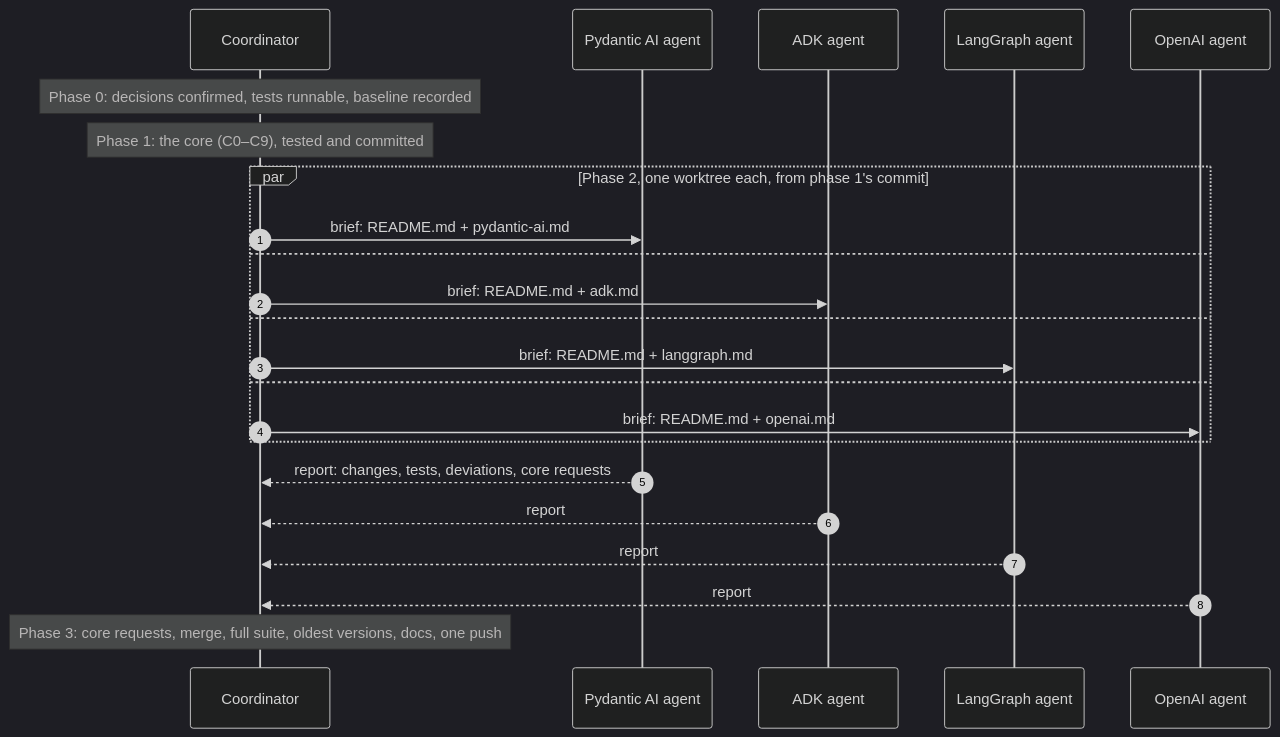
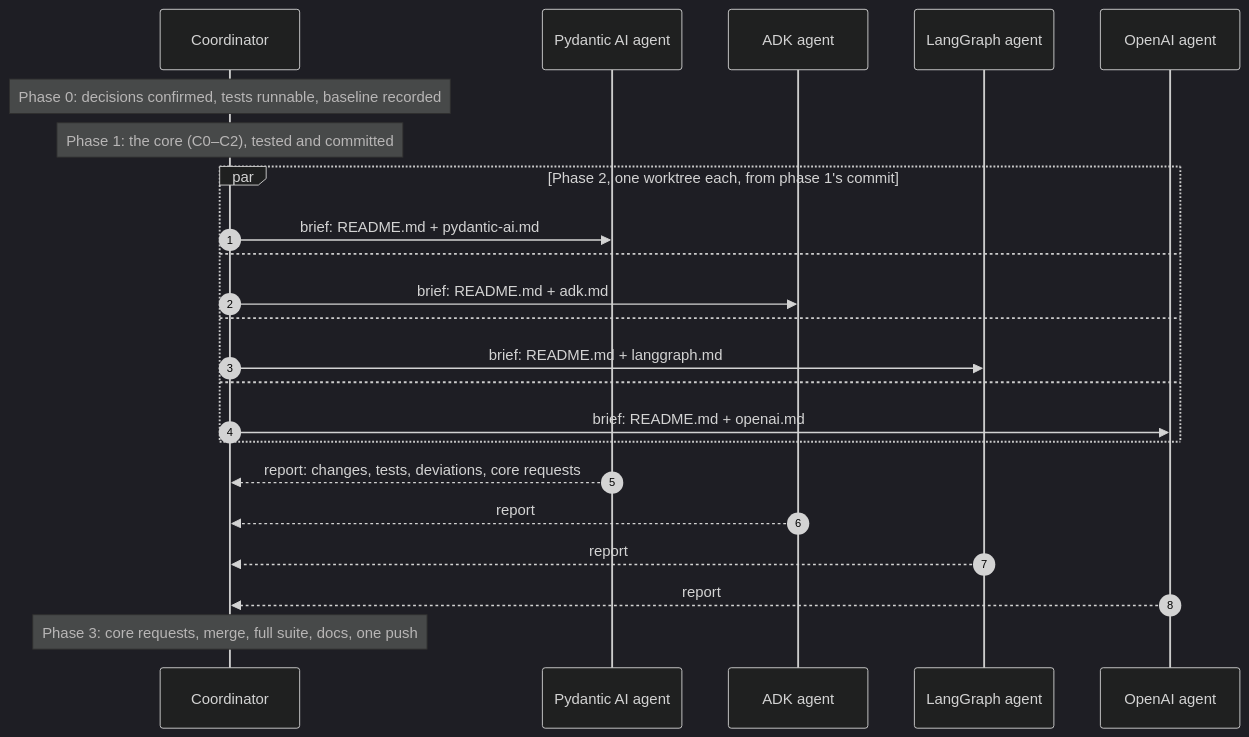
The first of 2 diagrams in docs/conversation-storage/README.md (restatedev/sdk-python), drawn with Mermaid (dark theme) before and after one commit. The commit also changed other lines of this file and 4 other files, not shown here.

````diff
--- a/docs/conversation-storage/README.md
+++ b/docs/conversation-storage/README.md
@@ -35,25 +46,25 @@
 ```mermaid
 sequenceDiagram
   autonumber
   participant C as Coordinator
   participant P as Pydantic AI agent
   participant A as ADK agent
   participant L as LangGraph agent
   participant O as OpenAI agent
   Note over C: Phase 0: decisions confirmed, tests runnable, baseline recorded
-  Note over C: Phase 1: the core (C0–C9), tested and committed
+  Note over C: Phase 1: the core (C0–C2), tested and committed
   par Phase 2, one worktree each, from phase 1's commit
     C->>P: brief: README.md + pydantic-ai.md
   and
     C->>A: brief: README.md + adk.md
   and
     C->>L: brief: README.md + langgraph.md
   and
     C->>O: brief: README.md + openai.md
   end
   P-->>C: report: changes, tests, deviations, core requests
   A-->>C: report
   L-->>C: report
   O-->>C: report
-  Note over C: Phase 3: core requests, merge, full suite, oldest versions, docs, one push
+  Note over C: Phase 3: core requests, merge, full suite, docs, one push
 ```
````
